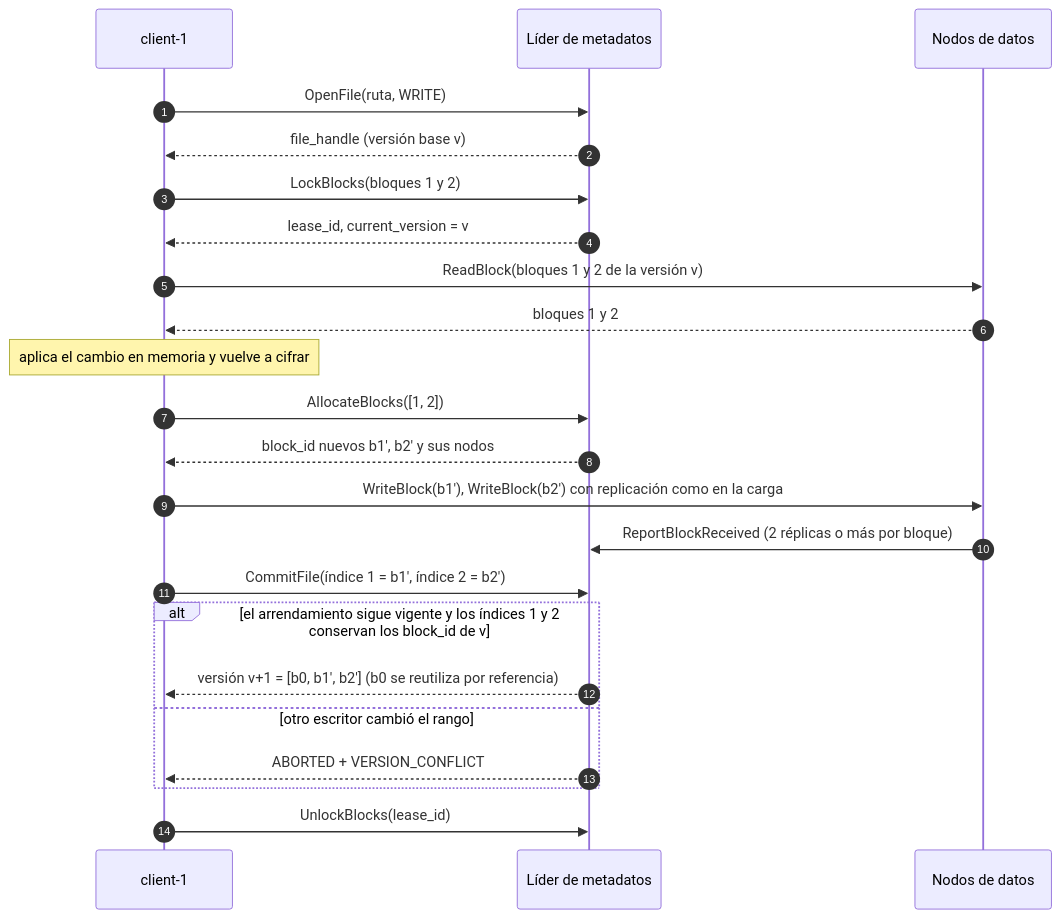
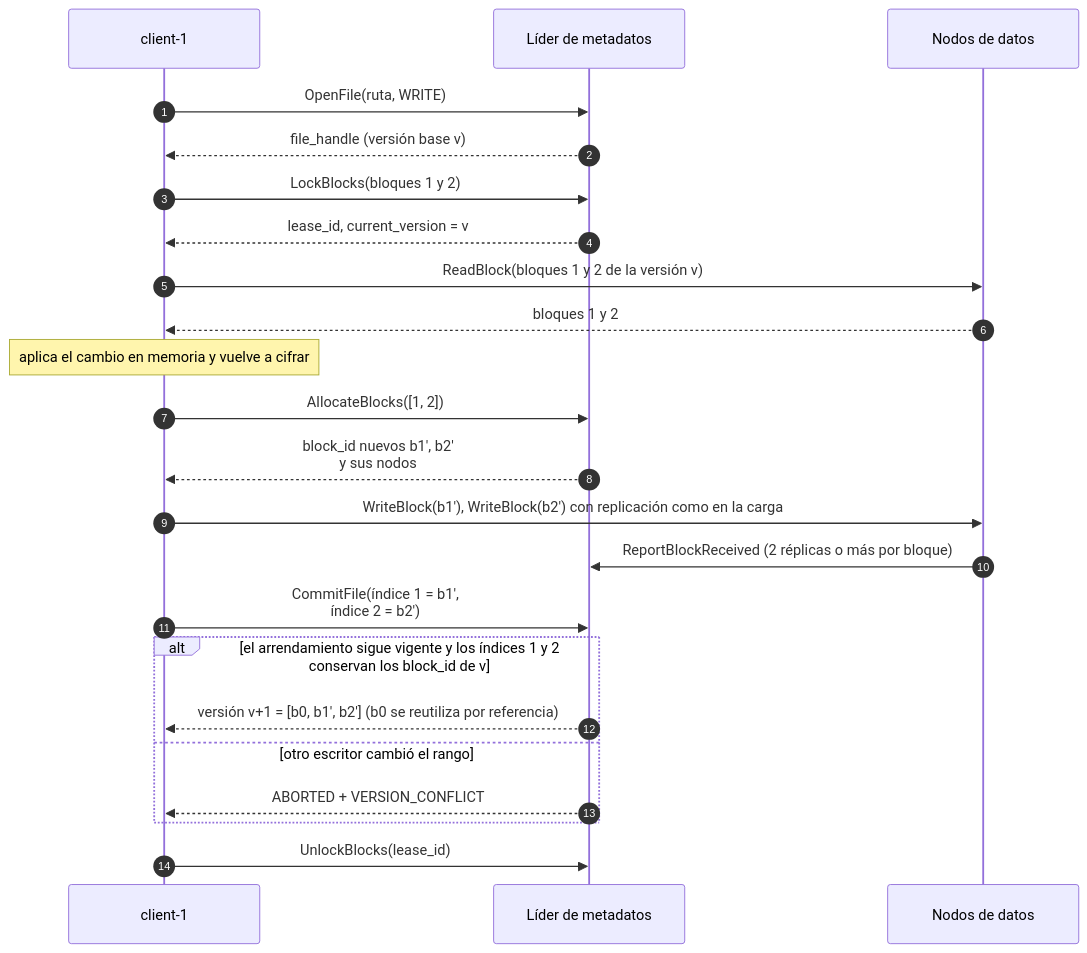
The diagram in docs/diagramas/08-secuencia-escritura.mmd (pjg09/dfsha), drawn with Mermaid before and after one commit. The commit also changed 8 other files, not shown here.

```diff
--- a/docs/diagramas/08-secuencia-escritura.mmd
+++ b/docs/diagramas/08-secuencia-escritura.mmd
@@ -1,23 +1,24 @@
+%%{init: {"sequence": {"width": 210}}}%%
 sequenceDiagram
   autonumber
   participant C as client-1
   participant L as Líder de metadatos
   participant D as Nodos de datos
   C->>L: OpenFile(ruta, WRITE)
   L-->>C: file_handle (versión base v)
   C->>L: LockBlocks(bloques 1 y 2)
   L-->>C: lease_id, current_version = v
   C->>D: ReadBlock(bloques 1 y 2 de la versión v)
   D-->>C: bloques 1 y 2
   Note over C: aplica el cambio en memoria y vuelve a cifrar
   C->>L: AllocateBlocks([1, 2])
-  L-->>C: block_id nuevos b1', b2' y sus nodos
+  L-->>C: block_id nuevos b1', b2'<br/>y sus nodos
   C->>D: WriteBlock(b1'), WriteBlock(b2') con replicación como en la carga
   D->>L: ReportBlockReceived (2 réplicas o más por bloque)
-  C->>L: CommitFile(índice 1 = b1', índice 2 = b2')
+  C->>L: CommitFile(índice 1 = b1',<br/>índice 2 = b2')
   alt el arrendamiento sigue vigente y los índices 1 y 2 conservan los block_id de v
     L-->>C: versión v+1 = [b0, b1', b2'] (b0 se reutiliza por referencia)
   else otro escritor cambió el rango
     L-->>C: ABORTED + VERSION_CONFLICT
   end
   C->>L: UnlockBlocks(lease_id)
```
